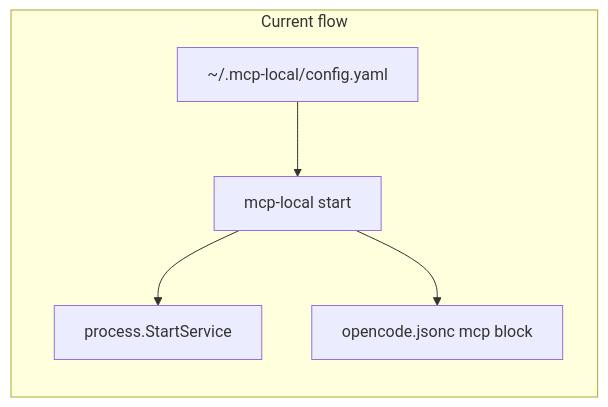
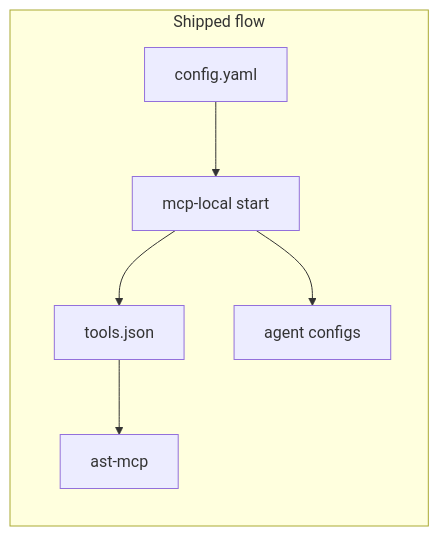
The second of 3 diagrams in docs/goal-alignment-plan.md (coma-toast/mcp-local), drawn with Mermaid before and after one commit. The commit also changed other lines of this file, not shown here.

Commit message:
Update goal-alignment plan to reflect shipped implementation.

````diff
--- a/docs/goal-alignment-plan.md
+++ b/docs/goal-alignment-plan.md
@@ -35,11 +209,12 @@
 ```mermaid
 flowchart LR
-  subgraph today [Current flow]
-    CFG["~/.mcp-local/config.yaml"]
+  subgraph shipped [Shipped flow]
+    CFG["config.yaml"]
     ML[mcp-local start]
-    PROC[process.StartService]
-    OC[opencode.jsonc mcp block]
-    CFG --> ML --> PROC
-    ML --> OC
+    TJ[tools.json]
+    PROC[ast-mcp]
+    AG[agent configs]
+    CFG --> ML --> TJ --> PROC
+    ML --> AG
   end
 ```
````
